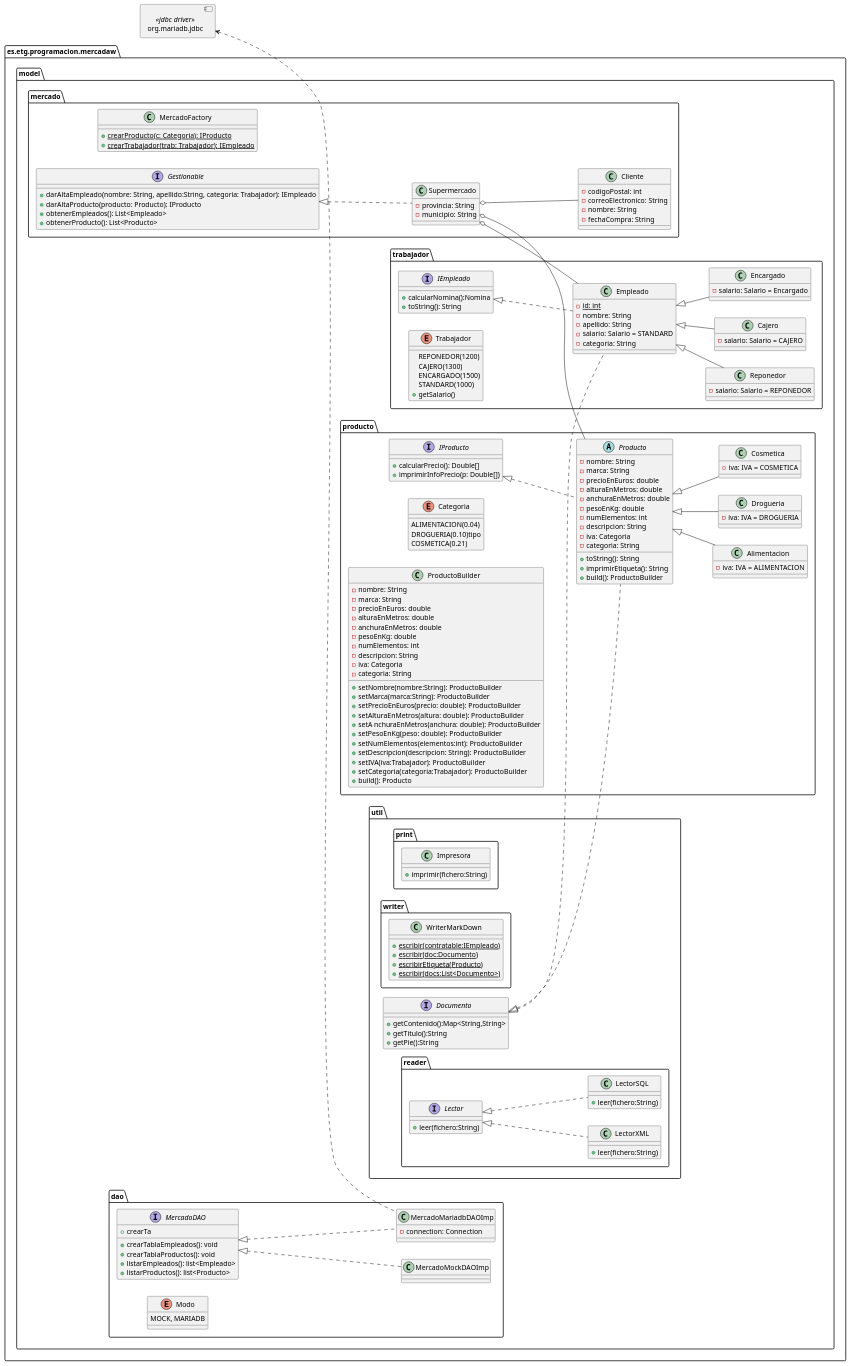
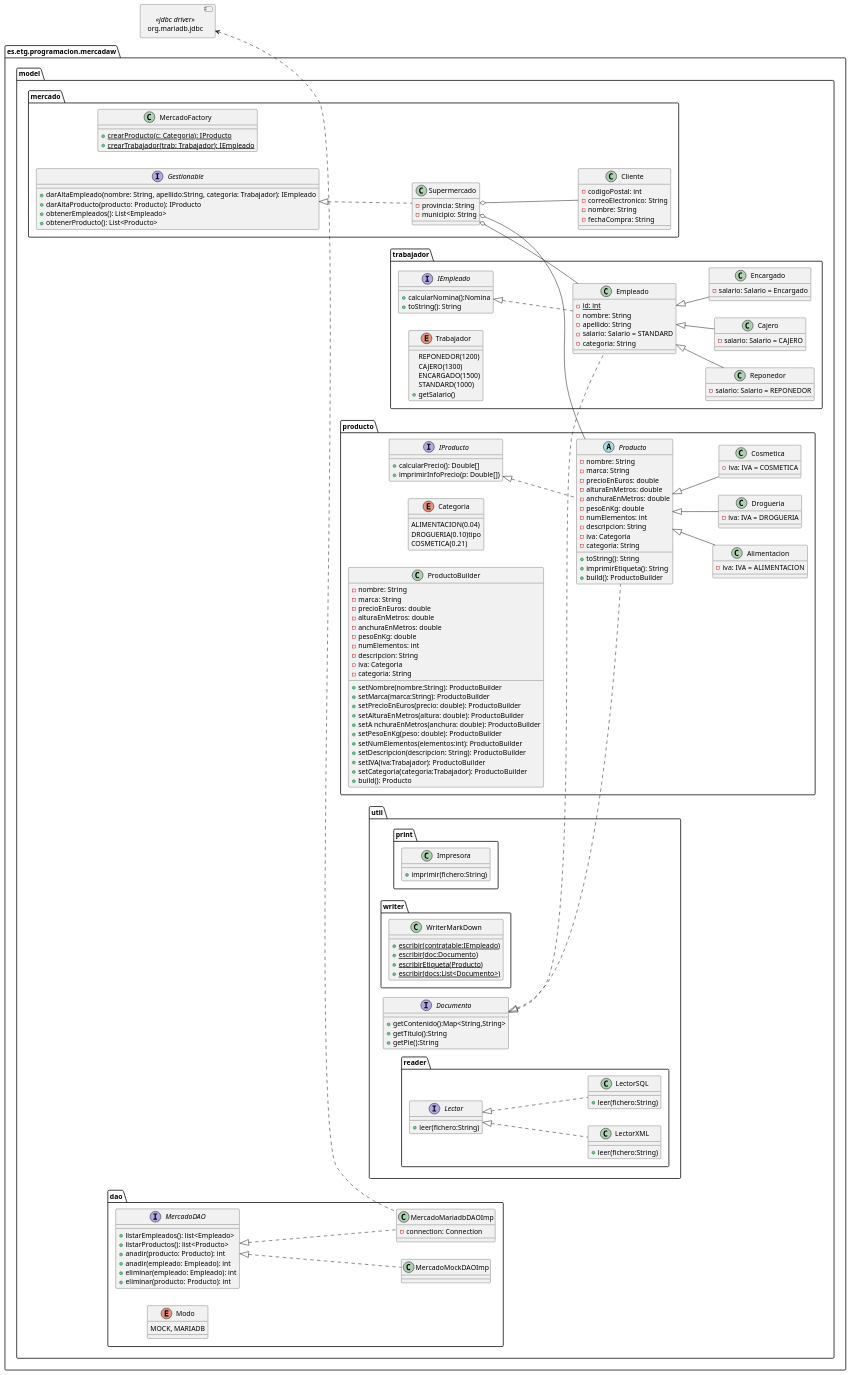
The first of 2 diagrams in design/DiagramaClases.pu (Edsonbs/MercaDAW), drawn with PlantUML before and after one commit. The commit also changed 1 other file, not shown here.

```diff
--- a/design/DiagramaClases.pu
+++ b/design/DiagramaClases.pu
@@ -161,12 +161,13 @@
         }
         package dao{
             interface MercadoDAO{
-                +crearTablaEmpleados(): void
-                +crearTablaProductos(): void
-                +crearTa
 
                 +listarEmpleados(): list<Empleado>
                 +listarProductos(): list<Producto>
+                +anadir(producto: Producto): int
+                +anadir(empleado: Empleado): int 
+                +eliminar(empleado: Empleado): int
+                +eliminar(producto: Producto): int
 
 
             }
```
